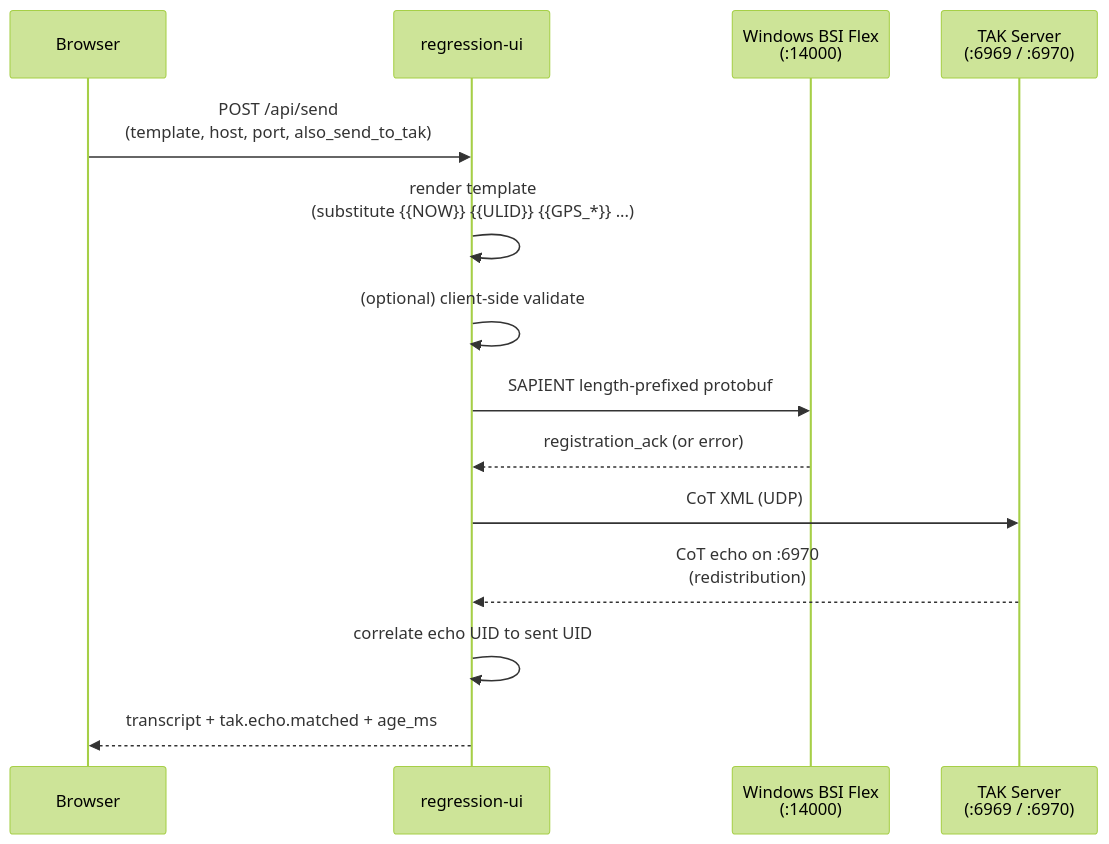
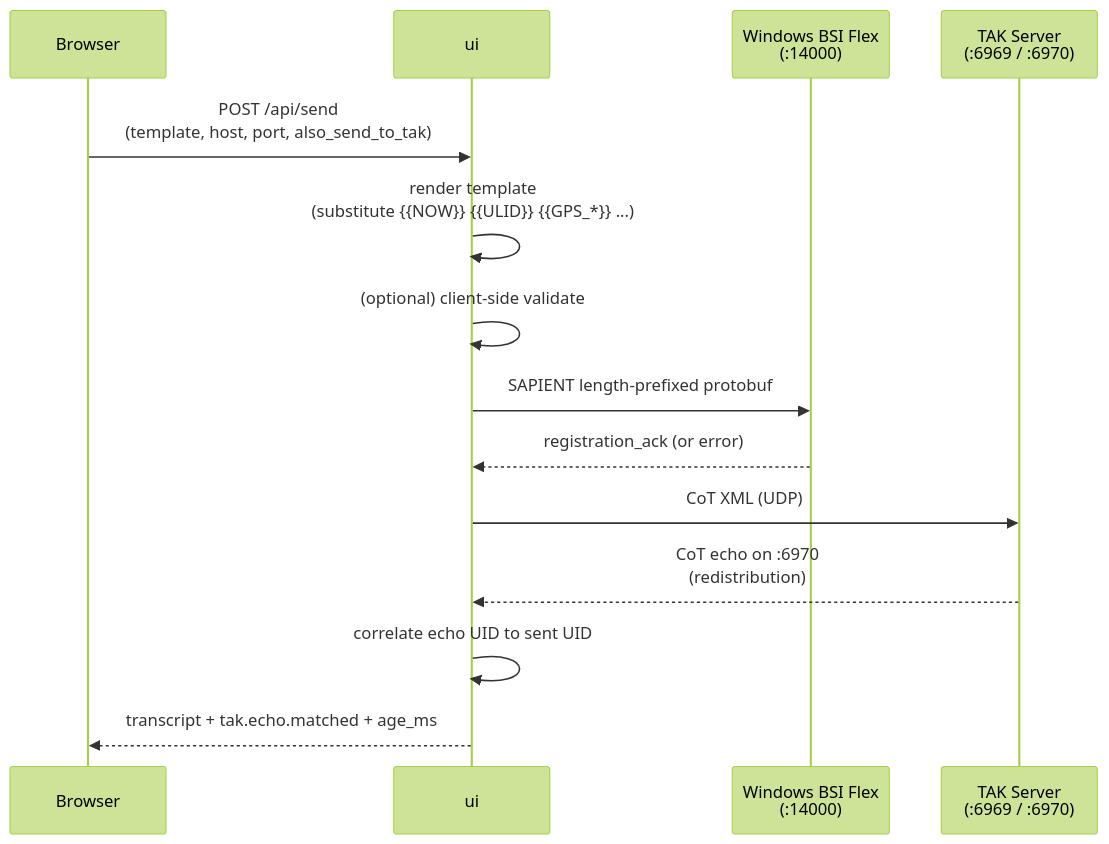
Before and after one commit to vinayakkankanwadi/multi-sensor-fusion: the third of 12 diagrams in Architecture.md, drawn with Mermaid (forest theme). The commit also changed other lines of this file and 50 other files, not shown here.

````diff
--- a/Architecture.md
+++ b/Architecture.md
@@ -118,17 +118,17 @@
 ```mermaid
 sequenceDiagram
     participant B as Browser
-    participant UI as regression-ui
+    participant UI as ui
     participant W as Windows BSI Flex<br/>(:14000)
     participant T as TAK Server<br/>(:6969 / :6970)
 
     B->>UI: POST /api/send<br/>(template, host, port, also_send_to_tak)
     UI->>UI: render template<br/>(substitute {{NOW}} {{ULID}} {{GPS_*}} ...)
     UI->>UI: (optional) client-side validate
     UI->>W: SAPIENT length-prefixed protobuf
     W-->>UI: registration_ack (or error)
     UI->>T: CoT XML (UDP)
     T-->>UI: CoT echo on :6970<br/>(redistribution)
     UI->>UI: correlate echo UID to sent UID
     UI-->>B: transcript + tak.echo.matched + age_ms
 ```
````
